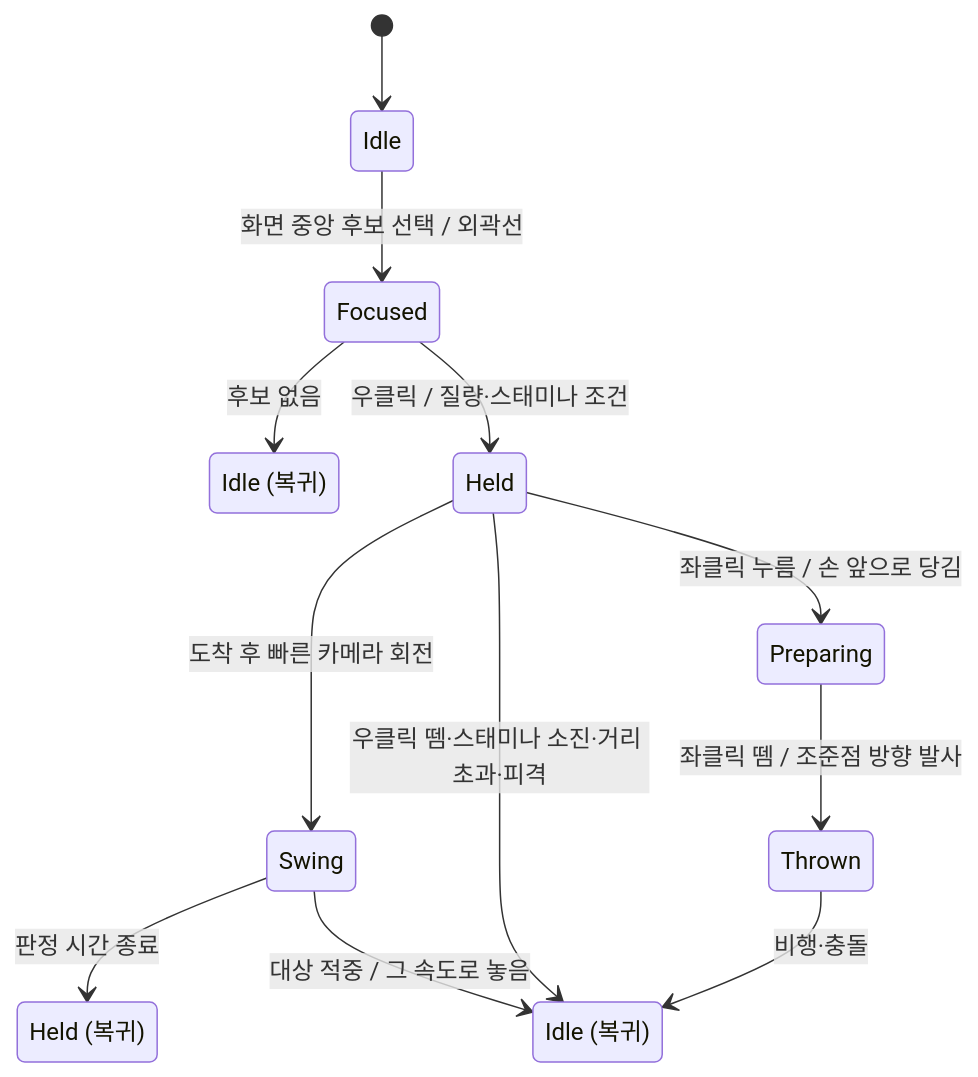
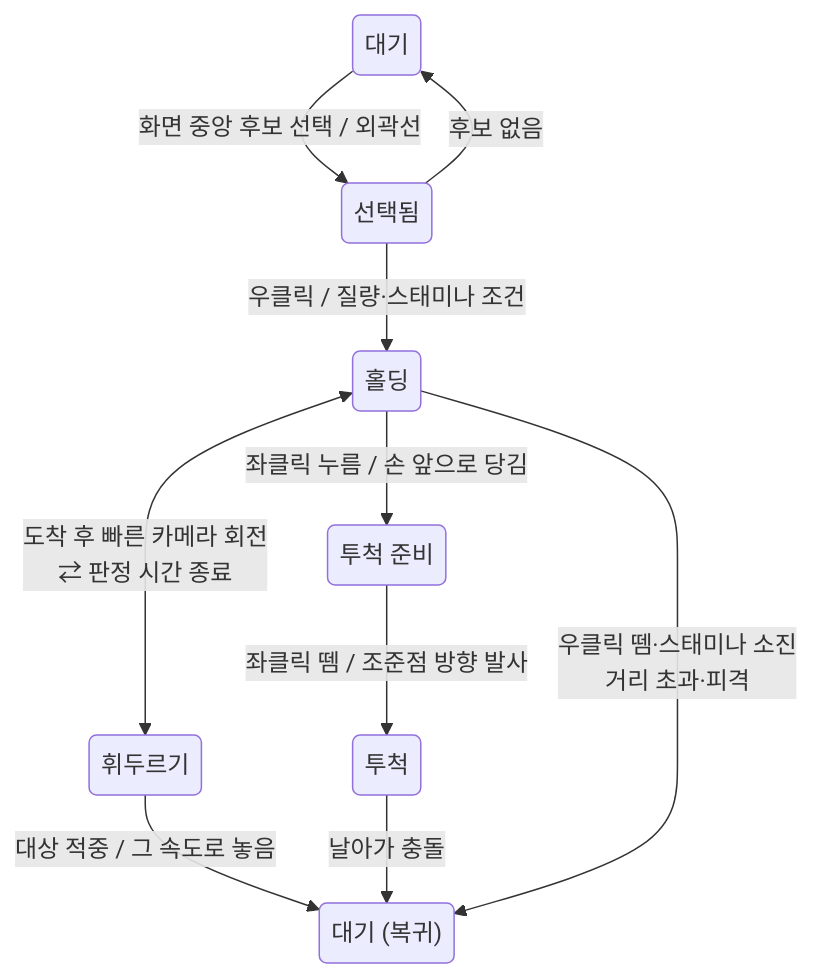
One commit to keeeery/portfolio changed the third of 13 diagrams in src/4-ODDITY/TechDoc_ODDITY.md. Above: the diagram before and after it, drawn with Mermaid. The commit also changed other lines of this file and 13 other files, not shown here.

Commit message:
기술 문서: 다이어그램 다듬기와 부가 설명 문구 통일, Arcanist 구조도를 전투·카드 개요로, ODDITY 보스 장 정리와 염동력 시연 GIF, 코드 발췌 머리 주석 통일, 데이터 다시 빌드

````diff
--- a/src/4-ODDITY/TechDoc_ODDITY.md
+++ b/src/4-ODDITY/TechDoc_ODDITY.md
@@ -138,18 +166,16 @@
 ```mermaid
-stateDiagram-v2
-    direction TB
-    state "Idle (복귀)" as IdleReturn
-    state "Held (복귀)" as HeldReturn
-    state "Idle (복귀)" as IdleNoTarget
-    [*] --> Idle
-    Idle --> Focused: 화면 중앙 후보 선택 / 외곽선
-    Focused --> IdleNoTarget: 후보 없음
-    Focused --> Held: 우클릭 / 질량·스태미나 조건
-    Held --> Swing: 도착 후 빠른 카메라 회전
-    Swing --> HeldReturn: 판정 시간 종료
-    Swing --> IdleReturn: 대상 적중 / 그 속도로 놓음
-    Held --> Preparing: 좌클릭 누름 / 손 앞으로 당김
-    Preparing --> Thrown: 좌클릭 뗌 / 조준점 방향 발사
-    Held --> IdleReturn: 우클릭 뗌·스태미나 소진·거리 초과·피격
-    Thrown --> IdleReturn: 비행·충돌
+%%{init: {"flowchart": {"rankSpacing": 48, "nodeSpacing": 60, "padding": 8}}}%%
+flowchart TB
+    Idle(대기) -->|화면 중앙 후보 선택 / 외곽선| Focused(선택됨)
+    Focused -->|후보 없음| Idle
+    Focused -->|우클릭 / 질량·스태미나 조건| Held(홀딩)
+    Held <-->|"도착 후 빠른 카메라 회전<br>⇄ 판정 시간 종료"| Swing(휘두르기)
+    Held -->|좌클릭 누름 / 손 앞으로 당김| Preparing(투척 준비)
+    Preparing -->|좌클릭 뗌 / 조준점 방향 발사| Thrown(투척)
+    Swing -->|대상 적중 / 그 속도로 놓음| End("대기 (복귀)")
+    Thrown -->|날아가 충돌| End
+    Held -->|"우클릭 뗌·스태미나 소진<br>거리 초과·피격"| End
+    %% 화살표 Held -> Swing: 나감=왼쪽
+    %% 화살표 Swing -> End: 들어감=왼쪽
+    %% 화살표 Held -> End: 나감=오른쪽 들어감=오른쪽
 ```
````
